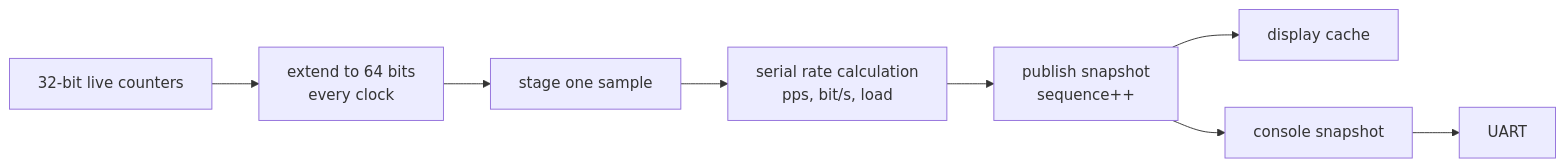
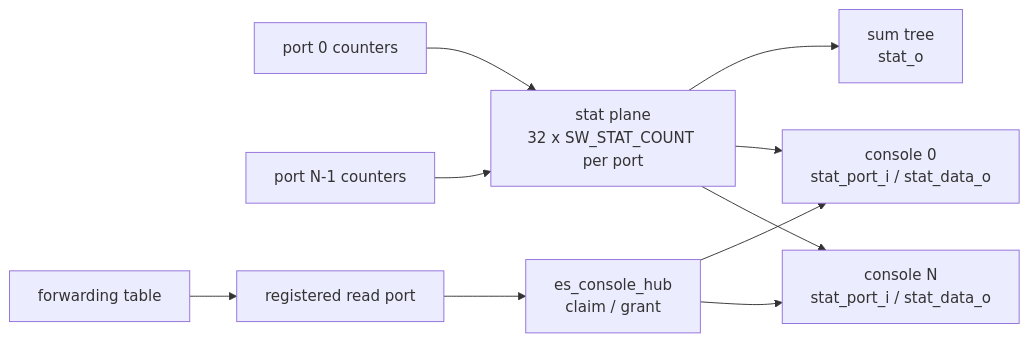
Before and after one commit to cw1997/ethernet-switch: diagram 12 of 15 in README.md, drawn with Mermaid. The commit also changed other lines of this file and 84 other files, not shown here.

````diff
--- a/README.md
+++ b/README.md
@@ -1272,10 +1283,12 @@
 ```mermaid
 flowchart LR
-    C["32-bit live counters"] --> E["extend to 64 bits<br/>every clock"]
-    E --> S["stage one sample"]
-    S --> R["serial rate calculation<br/>pps, bit/s, load"]
-    R --> P["publish snapshot<br/>sequence++"]
-    P --> D["display cache"]
-    P --> K["console snapshot"]
-    K --> U["UART"]
+    P0["port 0 counters"] --> A["stat plane<br/>32 x SW_STAT_COUNT per port"]
+    P1["port N-1 counters"] --> A
+    A --> S["sum tree<br/>stat_o"]
+    A --> R0["console 0<br/>stat_port_i / stat_data_o"]
+    A --> R1["console N<br/>stat_port_i / stat_data_o"]
+    T["forwarding table"] --> C["registered read port"]
+    C --> H["es_console_hub<br/>claim / grant"]
+    H --> R0
+    H --> R1
 ```
````
